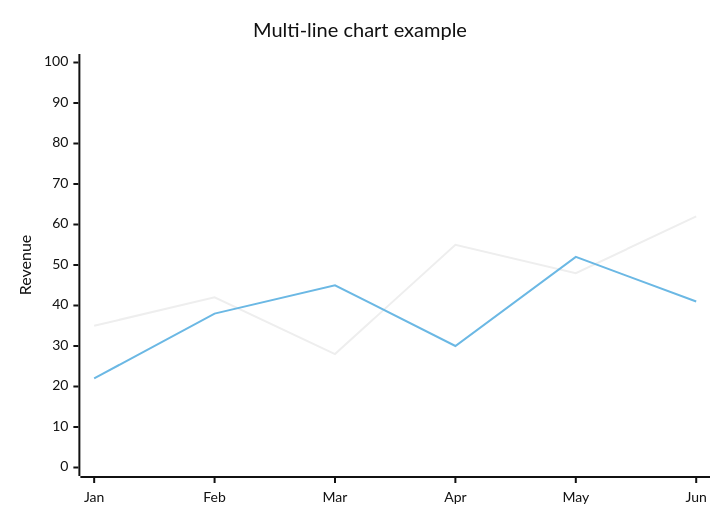
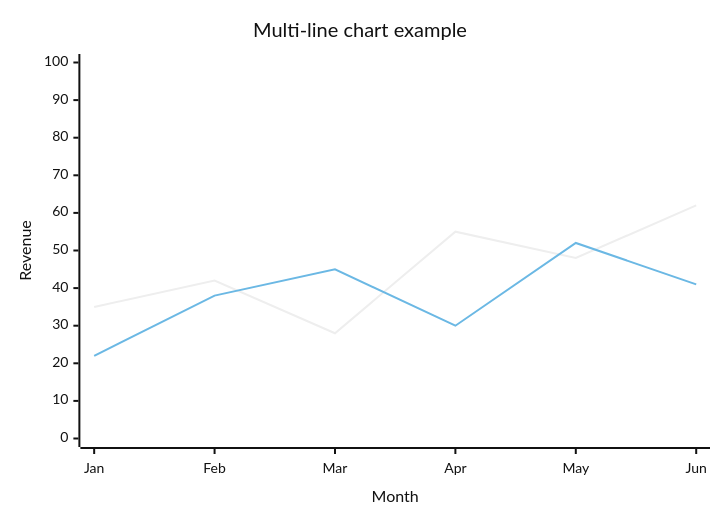
One commit to kouko/monkey-skills changed the diagram in obsidian/skills/obsidian-mermaid-visualizer/README.md. Above: the diagram before and after it, drawn with Mermaid (neutral theme). The commit also changed 3 other files, not shown here.

````diff
--- a/obsidian/skills/obsidian-mermaid-visualizer/README.md
+++ b/obsidian/skills/obsidian-mermaid-visualizer/README.md
@@ -32,8 +32,8 @@
 ```mermaid
 xychart-beta
     title "Multi-line chart example"
-    x-axis ["Jan", "Feb", "Mar", "Apr", "May", "Jun"]
+    x-axis "Month" ["Jan", "Feb", "Mar", "Apr", "May", "Jun"]
     y-axis "Revenue" 0 --> 100
     line "Product A" [35, 42, 28, 55, 48, 62]
     line "Product B" [22, 38, 45, 30, 52, 41]
 ```
````
